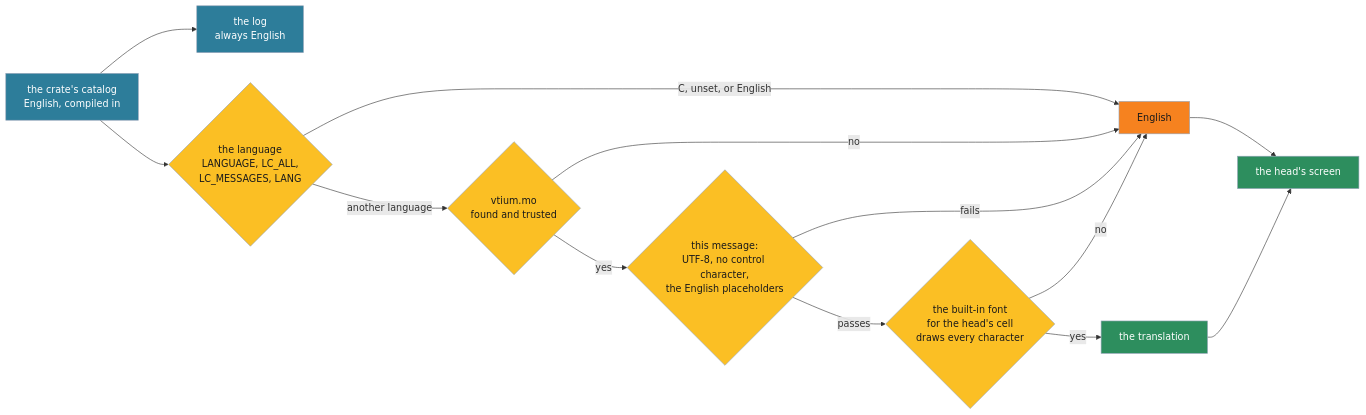
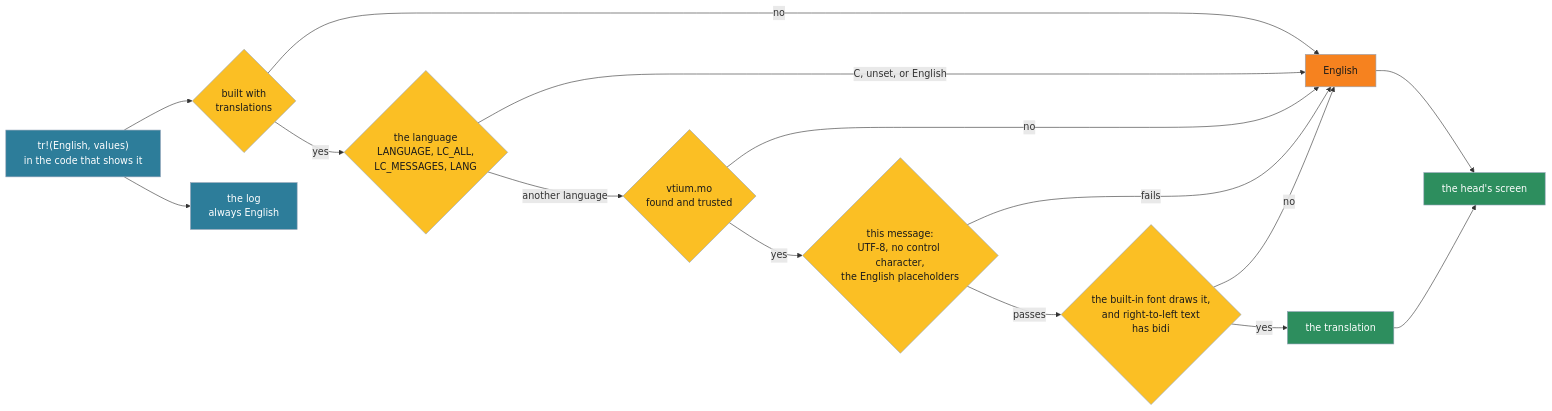
One commit to vtium/vtium changed the diagram in docs/architecture/platform/ADR-1402-vtium-s-own-text-is-translated-through-gettext-catalogs-in-the-system-s-language.md. Above: the diagram before and after it, drawn with Mermaid. The commit also changed other lines of this file, not shown here.

First line of the commit message:
docs(adr): ADR-1402 marks each message where the code uses it

````diff
--- a/docs/architecture/platform/ADR-1402-vtium-s-own-text-is-translated-through-gettext-catalogs-in-the-system-s-language.md
+++ b/docs/architecture/platform/ADR-1402-vtium-s-own-text-is-translated-through-gettext-catalogs-in-the-system-s-language.md
@@ -87,23 +100,25 @@
 ```mermaid
 flowchart LR
-    CAT["the crate's catalog<br>English, compiled in"] --> LOG["the log<br>always English"]
-    CAT --> PICK{"the language<br>LANGUAGE, LC_ALL,<br>LC_MESSAGES, LANG"}
-    PICK -->|"C, unset, or English"| EN["English"]
+    MARK["tr!(English, values)<br>in the code that shows it"] --> FEAT{"built with<br>translations"}
+    MARK --> LOG["the log<br>always English"]
+    FEAT -->|"no"| EN["English"]
+    FEAT -->|"yes"| PICK{"the language<br>LANGUAGE, LC_ALL,<br>LC_MESSAGES, LANG"}
+    PICK -->|"C, unset, or English"| EN
     PICK -->|"another language"| MO{"vtium.mo<br>found and trusted"}
     MO -->|"no"| EN
     MO -->|"yes"| CHK{"this message:<br>UTF-8, no control character,<br>the English placeholders"}
     CHK -->|"fails"| EN
-    CHK -->|"passes"| COV{"the built-in font<br>for the head's cell<br>draws every character"}
+    CHK -->|"passes"| COV{"the built-in font draws it,<br>and right-to-left text<br>has bidi"}
     COV -->|"no"| EN
     COV -->|"yes"| TR["the translation"]
     EN --> SCREEN["the head's screen"]
     TR --> SCREEN
     classDef check fill:#fbbf24,color:#1a1a1a,stroke:#94a3b8
     classDef step fill:#2d7d9a,color:#ffffff,stroke:#94a3b8
     classDef done fill:#2d8e5e,color:#ffffff,stroke:#94a3b8
     classDef fall fill:#f6821f,color:#1a1a1a,stroke:#94a3b8
-    class PICK,MO,CHK,COV check
-    class CAT,LOG step
+    class FEAT,PICK,MO,CHK,COV check
+    class MARK,LOG step
     class TR,SCREEN done
     class EN fall
 ```
````
